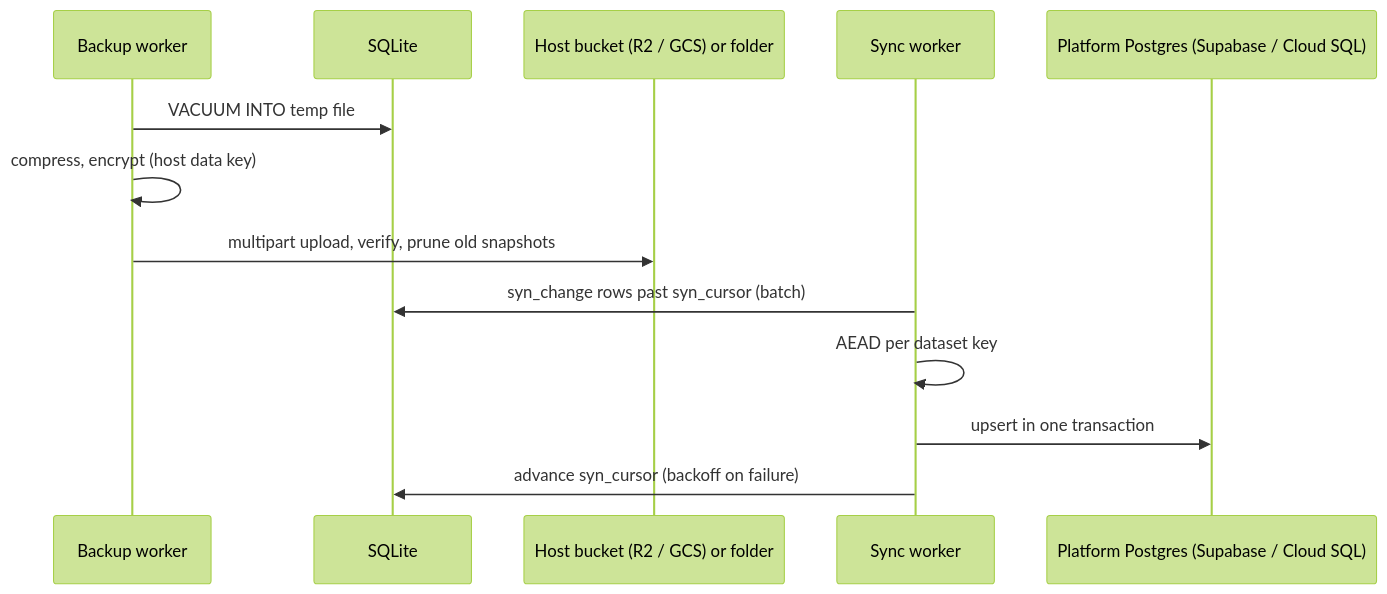
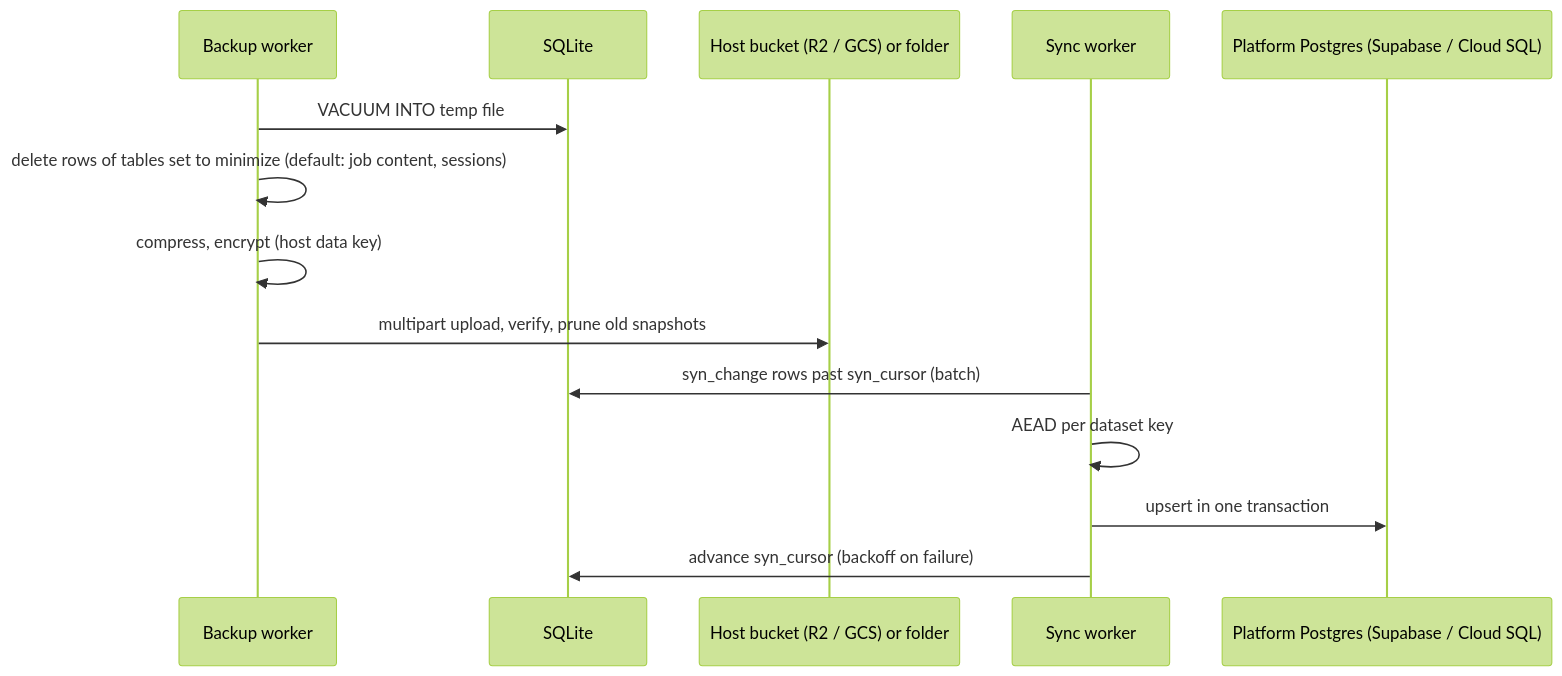
The ninth of 10 diagrams in docs/design_docs/lld.md (inCoderKaka/local-server), drawn with Mermaid (forest theme) before and after one commit. The commit also changed other lines of this file and 7 other files, not shown here.

First line of the commit message:
docs(platform): req_001 D-64..D-67 — per-table backup minimization (host-owned, content minimized by default), dedicated checkpoint-signing key, private webhook targets denied by default, platform-sync failure alert

````diff
--- a/docs/design_docs/lld.md
+++ b/docs/design_docs/lld.md
@@ -322,15 +322,16 @@
 ```mermaid
 sequenceDiagram
   participant B as Backup worker
   participant DB as SQLite
   participant S as Host bucket (R2 / GCS) or folder
   participant Y as Sync worker
   participant PG as Platform Postgres (Supabase / Cloud SQL)
   B->>DB: VACUUM INTO temp file
+  B->>B: delete rows of tables set to minimize (default: job content, sessions)
   B->>B: compress, encrypt (host data key)
   B->>S: multipart upload, verify, prune old snapshots
   Y->>DB: syn_change rows past syn_cursor (batch)
   Y->>Y: AEAD per dataset key
   Y->>PG: upsert in one transaction
   Y->>DB: advance syn_cursor (backoff on failure)
 ```
````
